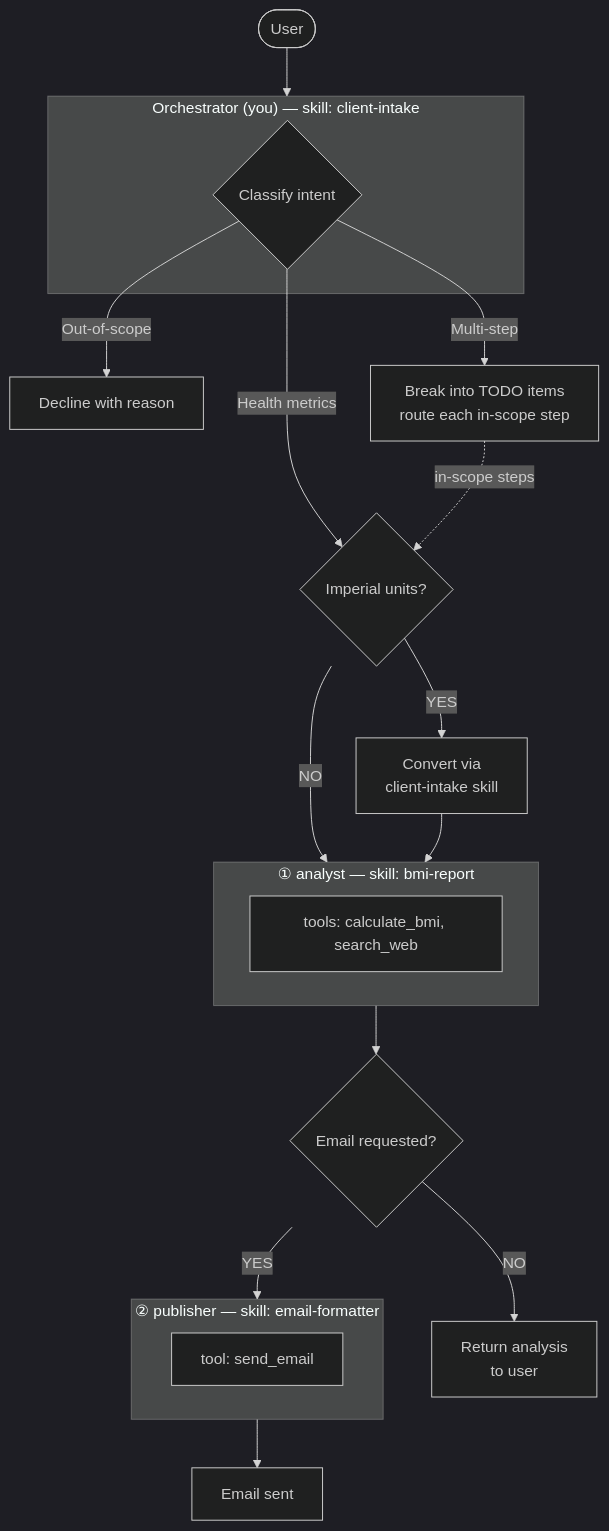
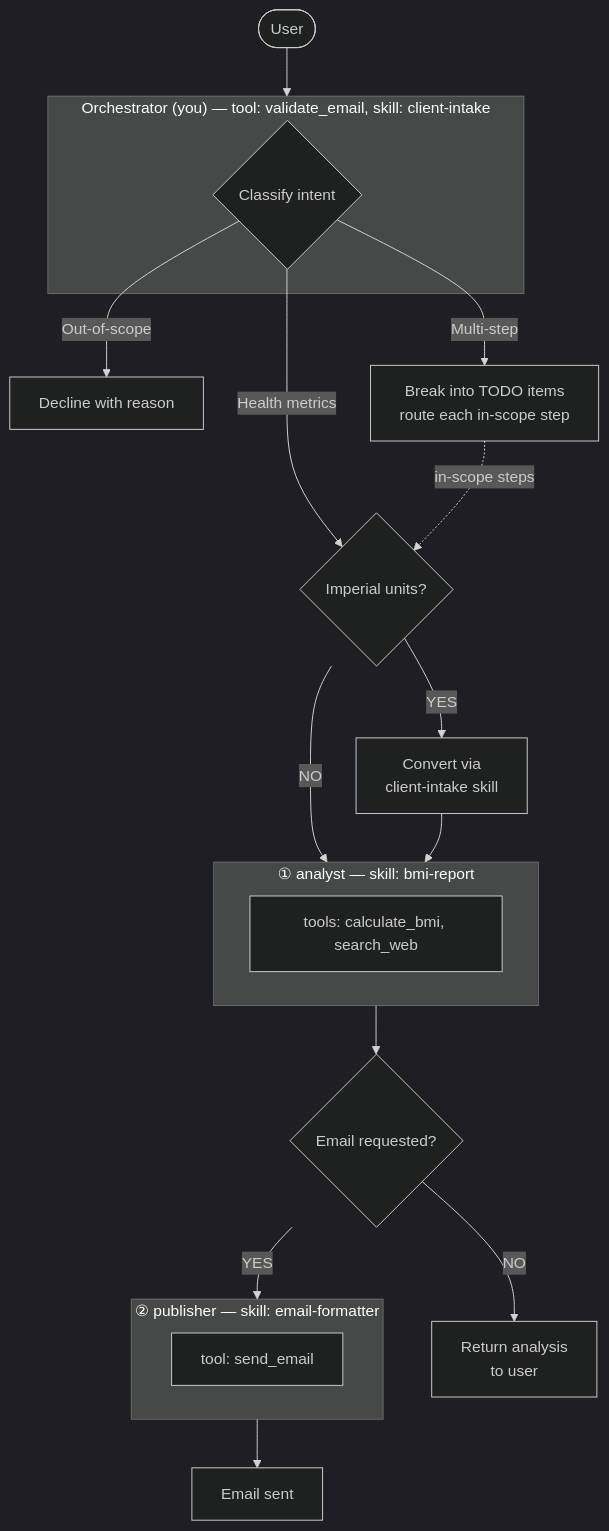
Before and after one commit to redhat-data-and-ai/template-agent: the diagram in template_agent/agent_config/orchestrator/main.md, drawn with Mermaid (dark theme). The commit also changed other lines of this file and 10 other files, not shown here.

First line of the commit message:
refactor: improve separation of concerns in agent architecture

````diff
--- a/template_agent/agent_config/orchestrator/main.md
+++ b/template_agent/agent_config/orchestrator/main.md
@@ -30,34 +32,34 @@
 ```mermaid
 flowchart TD
     User([User]) --> Orch
 
-    subgraph Orch["Orchestrator (you) — skill: client-intake"]
+    subgraph Orch["Orchestrator (you) — tool: validate_email, skill: client-intake"]
         Classify{Classify intent}
     end
 
     Classify -->|Out-of-scope| Decline[Decline with reason]
     Classify -->|Multi-step| TODO[Break into TODO items\nroute each in-scope step]
     Classify -->|Health metrics| Imperial{Imperial units?}
 
     Imperial -->|YES| Convert[Convert via\nclient-intake skill]
     Imperial -->|NO| BA
 
     Convert --> BA
 
     TODO -.->|in-scope steps| Imperial
 
     subgraph BA["① analyst — skill: bmi-report"]
         BA_Tools[tools: calculate_bmi, search_web]
     end
 
     BA --> Email{Email requested?}
 
     Email -->|NO| Return[Return analysis\nto user]
     Email -->|YES| RD
 
     subgraph RD["② publisher — skill: email-formatter"]
         RD_Tools[tool: send_email]
     end
 
     RD --> Sent[Email sent]
 ```
````
